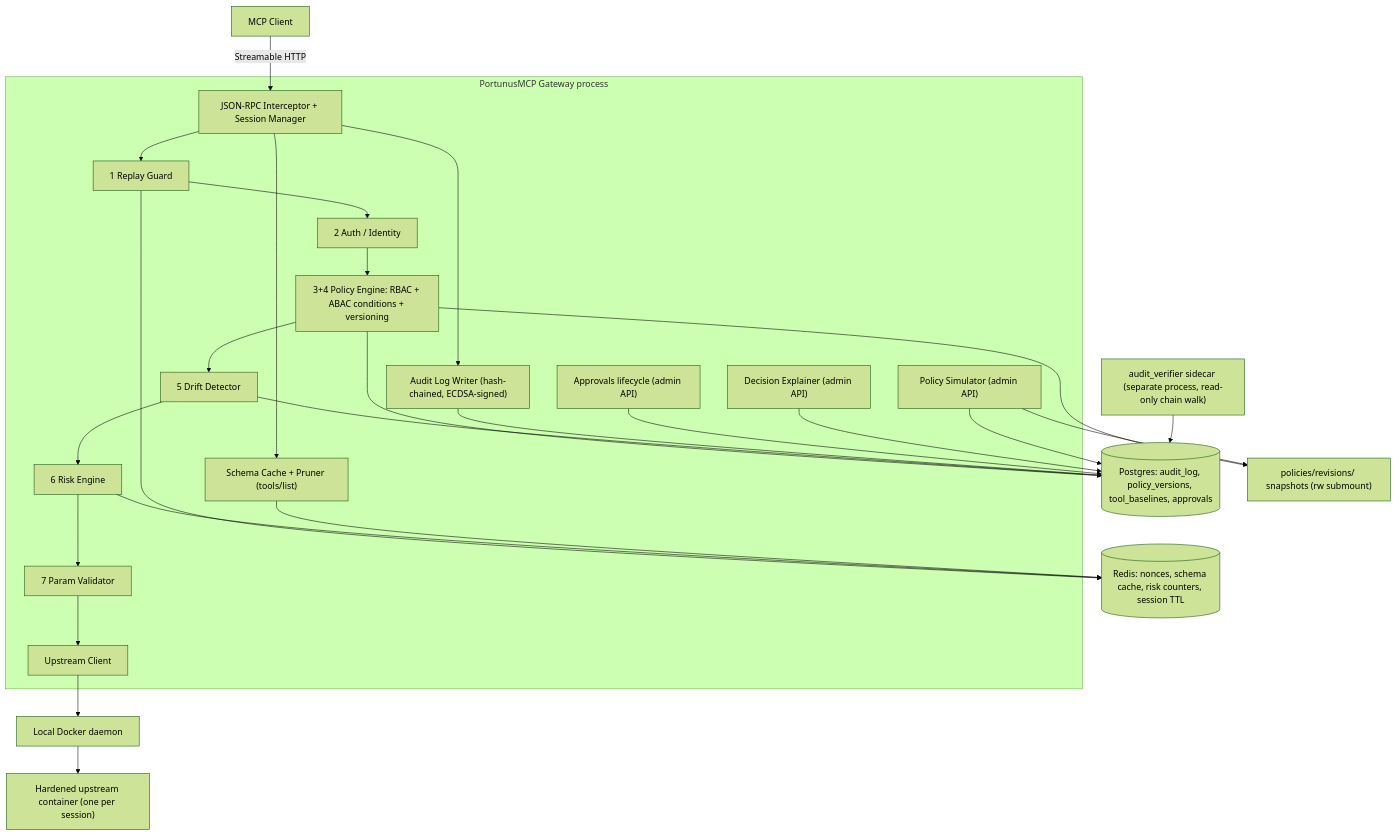
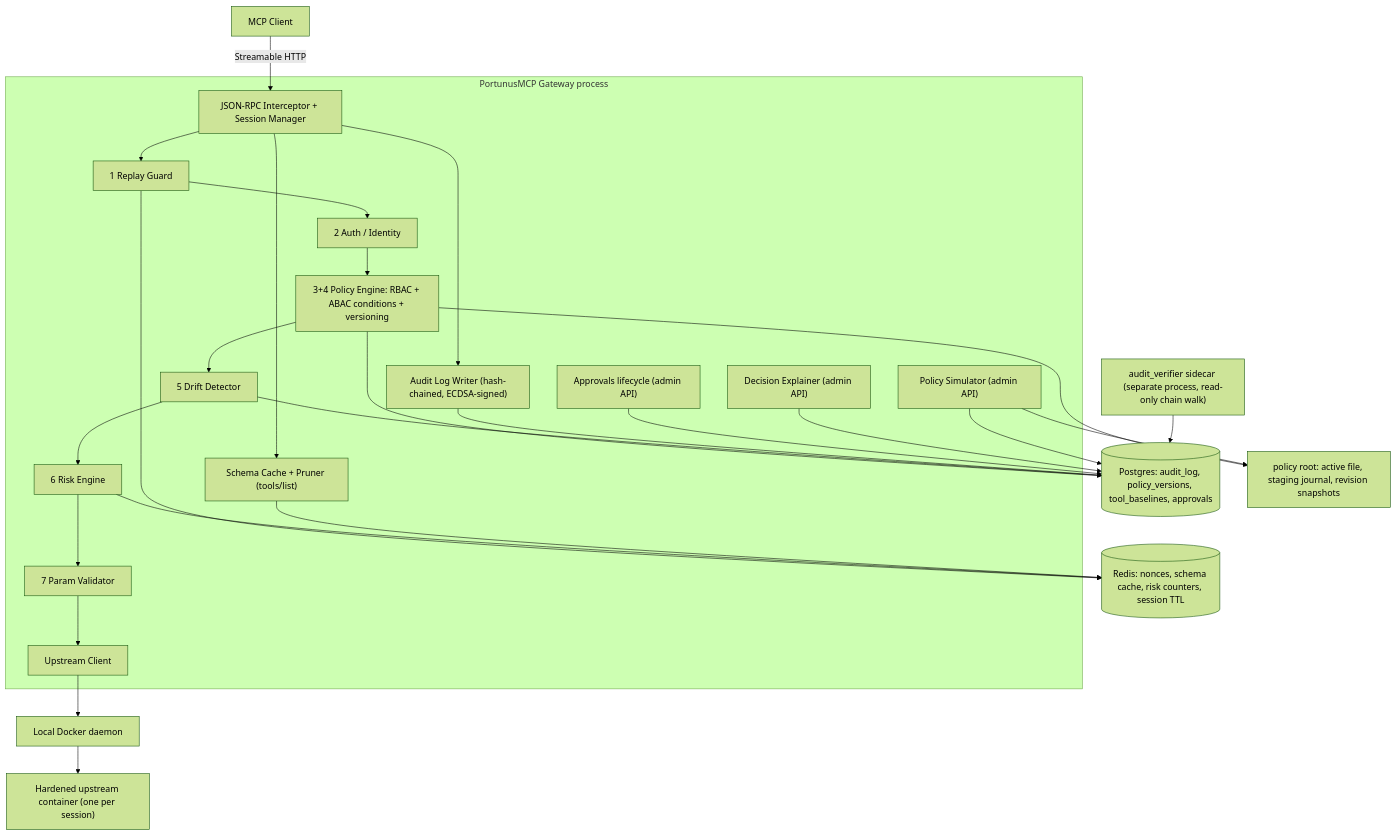
The diagram in README.md (BashaarJavaid/PortunusMCP), drawn with Mermaid (forest theme) before and after one commit. The commit also changed other lines of this file and 45 other files, not shown here.

````diff
--- a/README.md
+++ b/README.md
@@ -36,38 +36,38 @@
 ```mermaid
 graph TD
     Client["MCP Client"] -->|"Streamable HTTP"| Interceptor
 
     subgraph Gateway["PortunusMCP Gateway process"]
         Interceptor["JSON-RPC Interceptor + Session Manager"]
         Interceptor --> Replay["1 Replay Guard"]
         Replay --> Auth["2 Auth / Identity"]
         Auth --> Policy["3+4 Policy Engine: RBAC + ABAC conditions + versioning"]
         Policy --> Drift["5 Drift Detector"]
         Drift --> Risk["6 Risk Engine"]
         Risk --> Validator["7 Param Validator"]
         Validator --> UpClient["Upstream Client"]
         Interceptor --> SchemaCache["Schema Cache + Pruner (tools/list)"]
         Interceptor --> AuditW["Audit Log Writer (hash-chained, ECDSA-signed)"]
         Approvals["Approvals lifecycle (admin API)"]
         Explainer["Decision Explainer (admin API)"]
         Simulator["Policy Simulator (admin API)"]
     end
 
     UpClient --> Docker["Local Docker daemon"]
     Docker --> Srv["Hardened upstream container (one per session)"]
 
     Replay --> Redis[("Redis: nonces, schema cache, risk counters, session TTL")]
     Risk --> Redis
     SchemaCache --> Redis
 
     Policy --> PG[("Postgres: audit_log, policy_versions, tool_baselines, approvals")]
     Drift --> PG
     AuditW --> PG
     Approvals --> PG
     Explainer --> PG
     Simulator --> PG
-    Policy --> Rev["policies/revisions/ snapshots (rw submount)"]
+    Policy --> Rev["policy root: active file, staging journal, revision snapshots"]
     Simulator --> Rev
 
     Verifier["audit_verifier sidecar (separate process, read-only chain walk)"] --> PG
 ```
````
